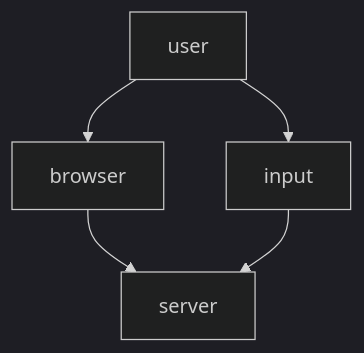
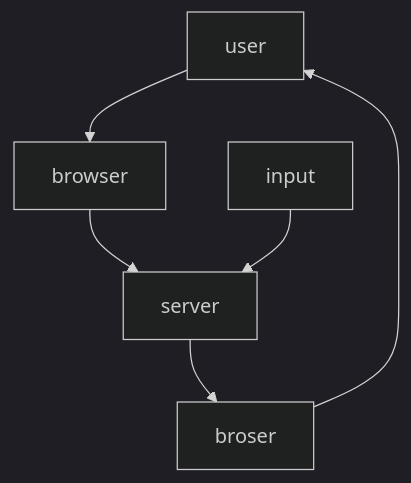
Before and after one commit to mafiadev/FullStack: the diagram in part0/README.md, drawn with Mermaid (dark theme).

````diff
--- a/part0/README.md
+++ b/part0/README.md
@@ -3,7 +3,8 @@
 ```mermaid
 graph TD;
 user-->browser;
 browser-->server;
-user-->input;
+server-->broser;
+broser-->user;
 input-->server;
 ```
````
